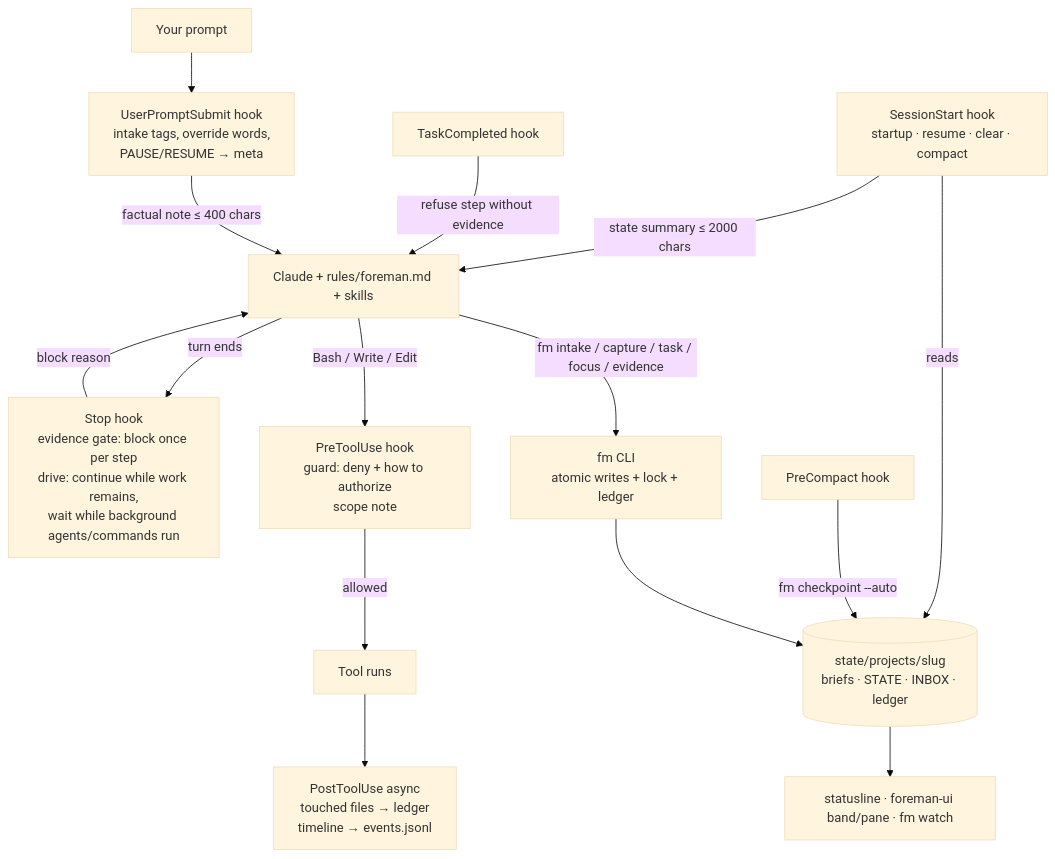
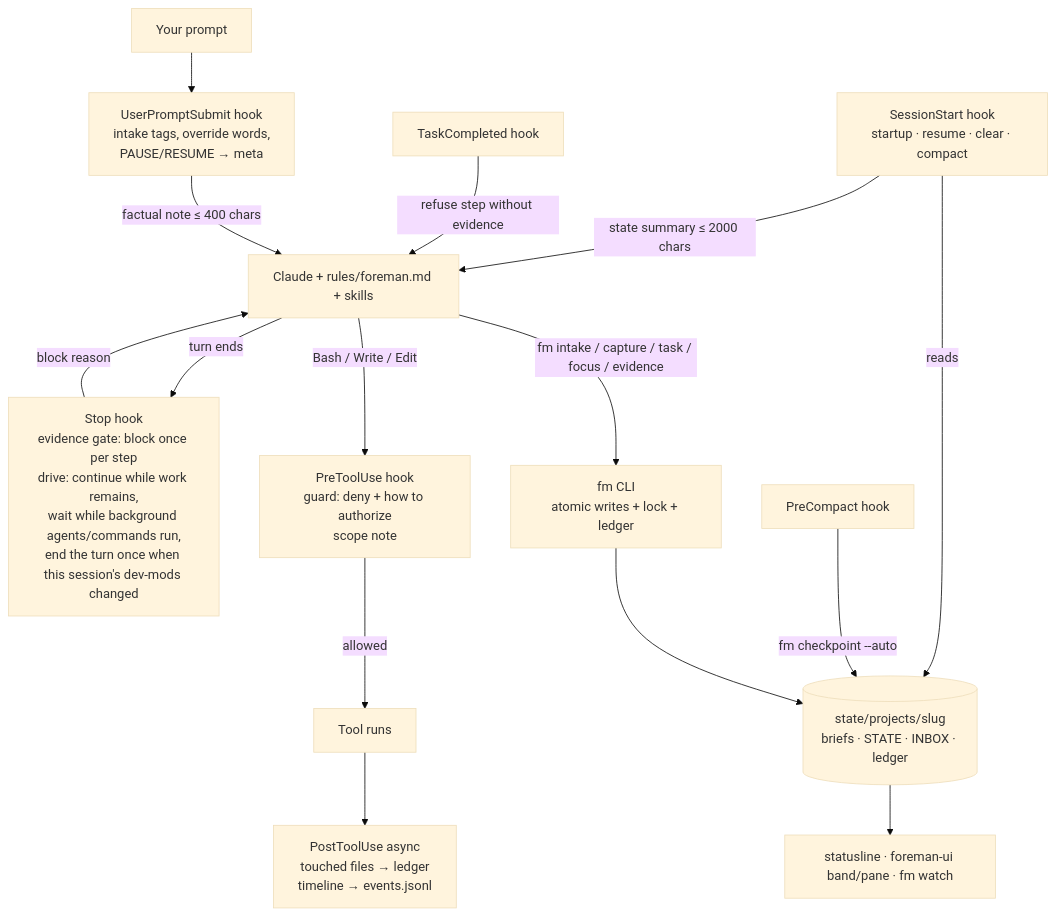
Before and after one commit to ChaseSunstrom/foreman: the diagram in MASTER.md, drawn with Mermaid (base theme). The commit also changed other lines of this file and 7 other files, not shown here.

First line of the commit message:
UI changes reach the running session during a drive: the Stop hook ends a turn that changed this session's dev-mods (Claude Code reloads only then), the reloaded foreman-ui resumes the drive itself with a toast; a drive wait says what it waits on (T-0145)

````diff
--- a/MASTER.md
+++ b/MASTER.md
@@ -103,17 +103,17 @@
 ```mermaid
 flowchart TD
     U[Your prompt] --> UPS[UserPromptSubmit hook<br/>intake tags, override words,<br/>PAUSE/RESUME → meta]
     UPS -->|factual note ≤ 400 chars| C[Claude + rules/foreman.md + skills]
     C -->|fm intake / capture / task / focus / evidence| FM[fm CLI<br/>atomic writes + lock + ledger]
     FM --> ST[(state/projects/slug<br/>briefs · STATE · INBOX · ledger)]
     C -->|Bash / Write / Edit| PTU[PreToolUse hook<br/>guard: deny + how to authorize<br/>scope note]
     PTU -->|allowed| T[Tool runs]
     T --> POST[PostToolUse async<br/>touched files → ledger<br/>timeline → events.jsonl]
-    C -->|turn ends| STOP[Stop hook<br/>evidence gate: block once per step<br/>drive: continue while work remains,<br/>wait while background agents/commands run]
+    C -->|turn ends| STOP[Stop hook<br/>evidence gate: block once per step<br/>drive: continue while work remains,<br/>wait while background agents/commands run,<br/>end the turn once when this session's dev-mods changed]
     STOP -->|block reason| C
     TC[TaskCompleted hook] -->|refuse step without evidence| C
     PC[PreCompact hook] -->|fm checkpoint --auto| ST
     SS[SessionStart hook<br/>startup · resume · clear · compact] -->|reads| ST
     SS -->|state summary ≤ 2000 chars| C
     ST --> SL[statusline · foreman-ui band/pane · fm watch]
 ```
````
